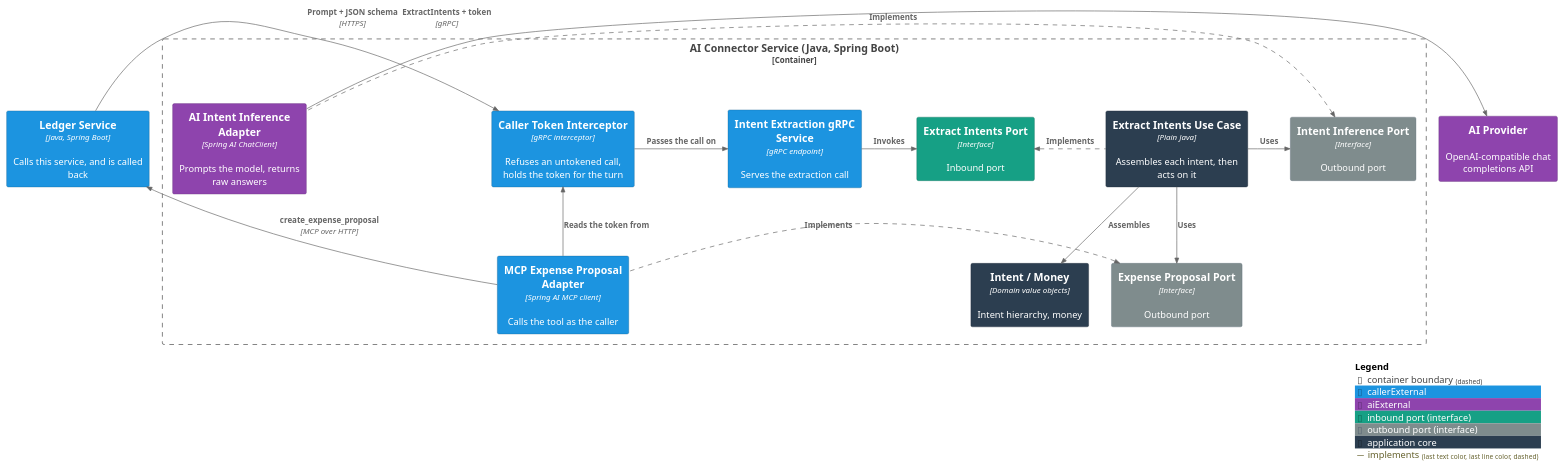
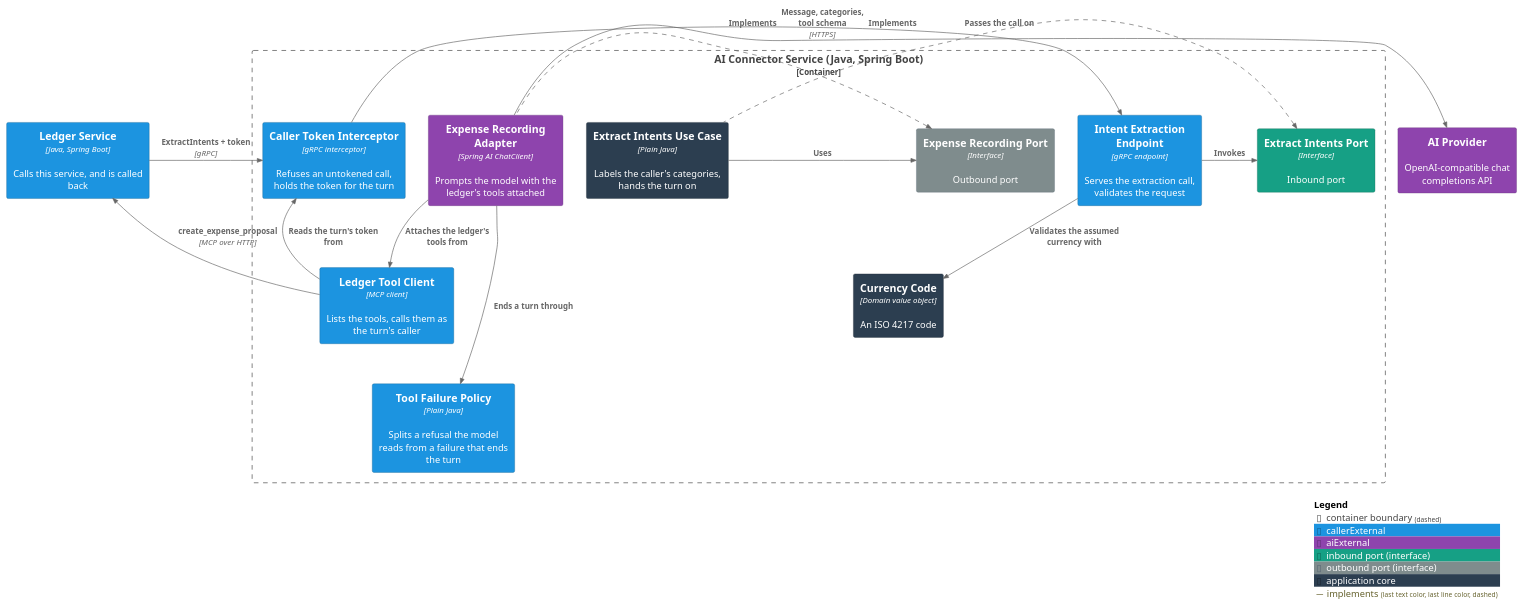
One commit to ds-usova/finance-bot changed the first of 2 diagrams in ai-connector-service/docs/usecases/extract-intents.md. Above: the diagram before and after it, drawn with PlantUML. The commit also changed other lines of this file and 7 other files, not shown here.

Commit message:
Documentation: rewrite the connector's use case and contracts around the model-driven turn

````diff
--- a/ai-connector-service/docs/usecases/extract-intents.md
+++ b/ai-connector-service/docs/usecases/extract-intents.md
@@ -67,48 +50,48 @@
 ```plantuml
 @startuml C3-Component-ExtractIntents
 !include <C4/C4_Component>
 
 AddElementTag("callerExternal", $bgColor="#1c94e0", $fontColor="#ffffff", $borderColor="#125d8c")
 AddElementTag("aiExternal", $bgColor="#8e44ad", $fontColor="#ffffff", $borderColor="#5f2f74")
 AddElementTag("portIn", $bgColor="#16a085", $fontColor="#ffffff", $borderColor="#0e6655", $legendText="inbound port (interface)")
 AddElementTag("portOut", $bgColor="#7f8c8d", $fontColor="#ffffff", $borderColor="#566573", $legendText="outbound port (interface)")
 AddElementTag("core", $bgColor="#2c3e50", $fontColor="#ffffff", $borderColor="#1b2631", $legendText="application core")
 
 AddRelTag("implements", $lineStyle="dashed")
 
 Container(ledger, "Ledger Service", "Java, Spring Boot", "Calls this service, and is called back", $tags="callerExternal")
 System_Ext(aiProvider, "AI Provider", "OpenAI-compatible chat completions API", $tags="aiExternal")
 
 Container_Boundary(aiConnector, "AI Connector Service (Java, Spring Boot)") {
   Component(tokenInterceptor, "Caller Token Interceptor", "gRPC interceptor", "Refuses an untokened call, holds the token for the turn", $tags="callerExternal")
-  Component(grpcService, "Intent Extraction gRPC Service", "gRPC endpoint", "Serves the extraction call", $tags="callerExternal")
+  Component(grpcService, "Intent Extraction Endpoint", "gRPC endpoint", "Serves the extraction call, validates the request", $tags="callerExternal")
   Component(extractIntentsPort, "Extract Intents Port", "Interface", "Inbound port", $tags="portIn")
-  Component(useCase, "Extract Intents Use Case", "Plain Java", "Assembles each intent, then acts on it", $tags="core")
-  Component(intent, "Intent / Money", "Domain value objects", "Intent hierarchy, money", $tags="core")
+  Component(useCase, "Extract Intents Use Case", "Plain Java", "Labels the caller's categories, hands the turn on", $tags="core")
+  Component(currency, "Currency Code", "Domain value object", "An ISO 4217 code", $tags="core")
 
-  Component(inferencePort, "Intent Inference Port", "Interface", "Outbound port", $tags="portOut")
-  Component(proposalPort, "Expense Proposal Port", "Interface", "Outbound port", $tags="portOut")
-  Component(aiAdapter, "AI Intent Inference Adapter", "Spring AI ChatClient", "Prompts the model, returns raw answers", $tags="aiExternal")
-  Component(mcpAdapter, "MCP Expense Proposal Adapter", "Spring AI MCP client", "Calls the tool as the caller", $tags="callerExternal")
+  Component(recordingPort, "Expense Recording Port", "Interface", "Outbound port", $tags="portOut")
+  Component(recordingAdapter, "Expense Recording Adapter", "Spring AI ChatClient", "Prompts the model with the ledger's tools attached", $tags="aiExternal")
+  Component(toolClient, "Ledger Tool Client", "MCP client", "Lists the tools, calls them as the turn's caller", $tags="callerExternal")
+  Component(failurePolicy, "Tool Failure Policy", "Plain Java", "Splits a refusal the model reads from a failure that ends the turn", $tags="callerExternal")
 }
 
 Rel_R(ledger, tokenInterceptor, "ExtractIntents + token", "gRPC")
 Rel_R(tokenInterceptor, grpcService, "Passes the call on")
 Rel_R(grpcService, extractIntentsPort, "Invokes")
+Rel_D(grpcService, currency, "Validates the assumed currency with")
 Rel_L(useCase, extractIntentsPort, "Implements", $tags="implements")
-Rel_D(useCase, intent, "Assembles")
+Rel_R(useCase, recordingPort, "Uses")
+Rel_L(recordingAdapter, recordingPort, "Implements", $tags="implements")
+Rel_R(recordingAdapter, aiProvider, "Message, categories, tool schema", "HTTPS")
+Rel_D(recordingAdapter, toolClient, "Attaches the ledger's tools from")
+Rel_D(recordingAdapter, failurePolicy, "Ends a turn through")
+Rel_D(toolClient, tokenInterceptor, "Reads the turn's token from")
+Rel_L(toolClient, ledger, "create_expense_proposal", "MCP over HTTP")
 
-Rel_R(useCase, inferencePort, "Uses")
-Rel_R(useCase, proposalPort, "Uses")
-Rel_L(aiAdapter, inferencePort, "Implements", $tags="implements")
-Rel_L(mcpAdapter, proposalPort, "Implements", $tags="implements")
-Rel_R(aiAdapter, aiProvider, "Prompt + JSON schema", "HTTPS")
-Rel_D(mcpAdapter, tokenInterceptor, "Reads the token from")
-Rel_L(mcpAdapter, ledger, "create_expense_proposal", "MCP over HTTP")
-
-Lay_D(inferencePort, proposalPort)
-Lay_D(aiAdapter, mcpAdapter)
+Lay_D(useCase, currency)
+Lay_D(recordingAdapter, toolClient)
+Lay_D(toolClient, failurePolicy)
 
 SHOW_LEGEND()
 @enduml
 ```
````
